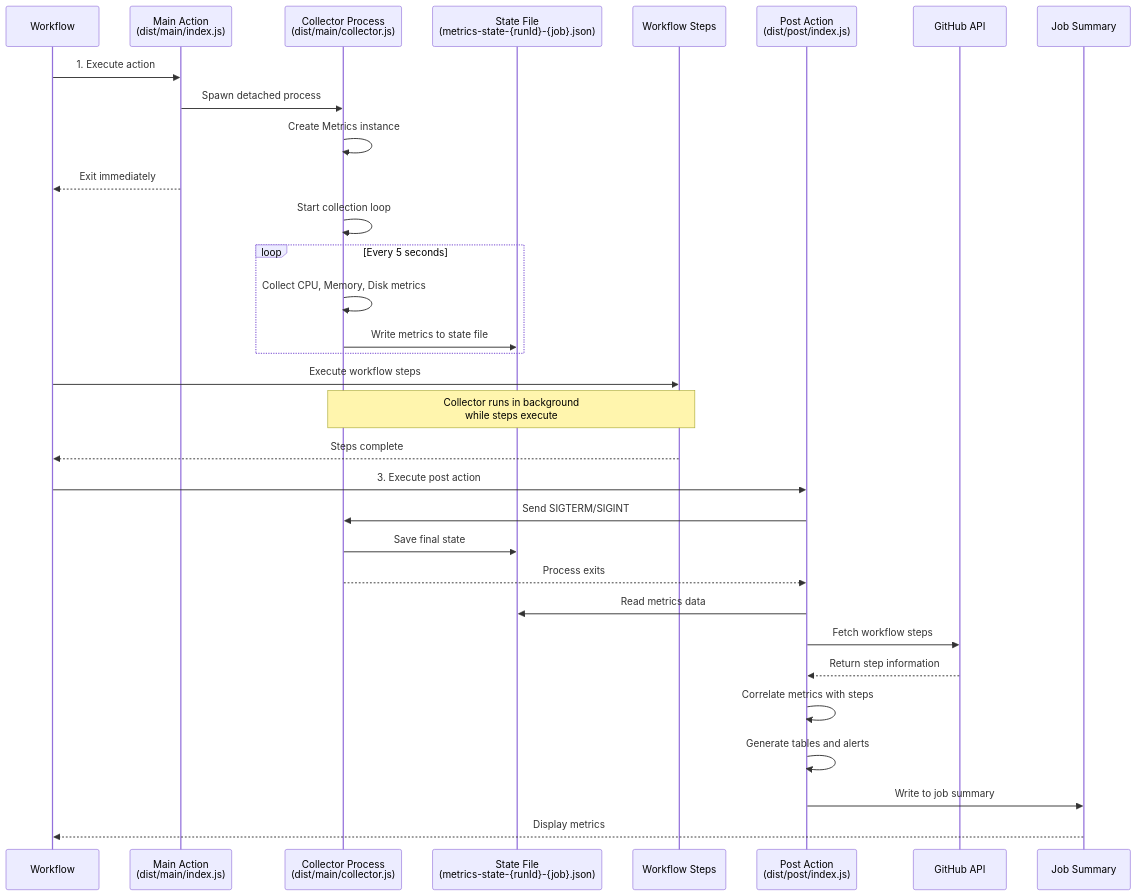
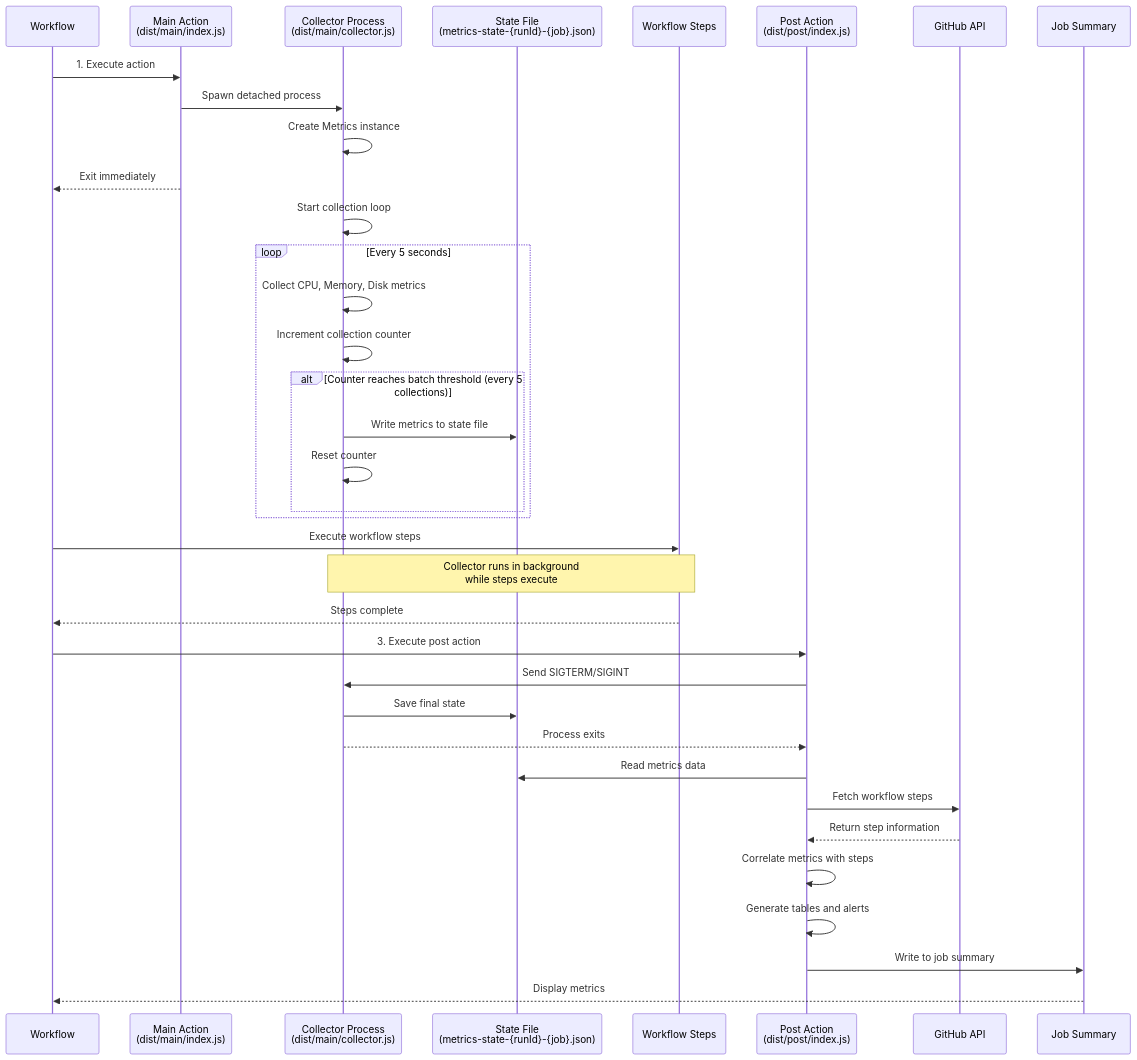
The diagram in docs/architecture.md (Garbee/actions-workflow-metrics), drawn with Mermaid before and after one commit. The commit also changed other lines of this file and 3 other files, not shown here.

First line of the commit message:
perf(metrics): optimize disk write strategy with batching and immediate first write (#22)

````diff
--- a/docs/architecture.md
+++ b/docs/architecture.md
@@ -15,39 +15,43 @@
 ```mermaid
 sequenceDiagram
     participant User as Workflow
     participant Main as Main Action<br/>(dist/main/index.js)
     participant Collector as Collector Process<br/>(dist/main/collector.js)
     participant State as State File<br/>(metrics-state-{runId}-{job}.json)
     participant Steps as Workflow Steps
     participant Post as Post Action<br/>(dist/post/index.js)
     participant API as GitHub API
     participant Summary as Job Summary
 
     User->>Main: 1. Execute action
     Main->>Collector: Spawn detached process
     Collector->>Collector: Create Metrics instance
     Main-->>User: Exit immediately
     
     Collector->>Collector: Start collection loop
     loop Every 5 seconds
         Collector->>Collector: Collect CPU, Memory, Disk metrics
-        Collector->>State: Write metrics to state file
+        Collector->>Collector: Increment collection counter
+        alt Counter reaches batch threshold (every 5 collections)
+            Collector->>State: Write metrics to state file
+            Collector->>Collector: Reset counter
+        end
     end
     
     User->>Steps: Execute workflow steps
     Note over Collector,Steps: Collector runs in background<br/>while steps execute
     
     Steps-->>User: Steps complete
     User->>Post: 3. Execute post action
     Post->>Collector: Send SIGTERM/SIGINT
     Collector->>State: Save final state
     Collector-->>Post: Process exits
     
     Post->>State: Read metrics data
     Post->>API: Fetch workflow steps
     API-->>Post: Return step information
     Post->>Post: Correlate metrics with steps
     Post->>Post: Generate tables and alerts
     Post->>Summary: Write to job summary
     Summary-->>User: Display metrics
 ```
````
